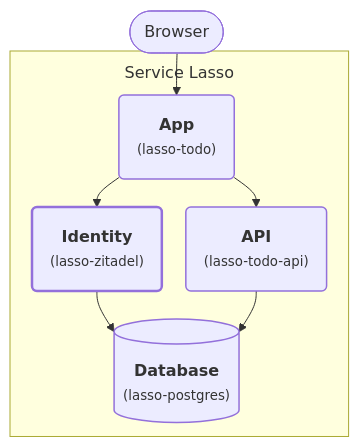
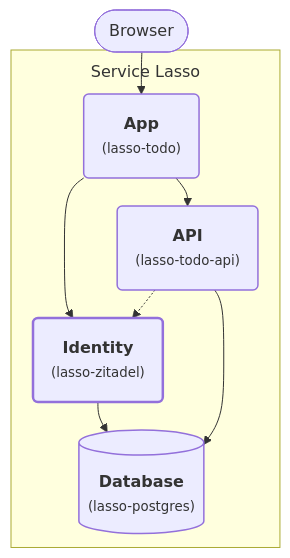
Before and after one commit to service-lasso/service-lasso: the diagram in docs/getting-started/zitadel-sso-hub.md, drawn with Mermaid. The commit also changed other lines of this file and 5 other files, not shown here.

Commit message:
docs: secure Todo App and API together in Zitadel tutorial

````diff
--- a/docs/getting-started/zitadel-sso-hub.md
+++ b/docs/getting-started/zitadel-sso-hub.md
@@ -20,22 +21,23 @@
 ```mermaid
 %%{init: {"flowchart": {"nodeSpacing": 24, "rankSpacing": 28, "padding": 18, "subGraphTitleMargin": {"top": 10, "bottom": 20}}, "themeVariables": {"fontFamily": "system-ui, sans-serif"}}}%%
 flowchart TB
   accTitle: Stage 4: Add identity to Todo
-  accDescr: Browser reaches the App. The App uses Identity for sign-in and the API for todos. Identity and API use separate databases within the same Database service. All four services are managed inside Service Lasso.
+  accDescr: Browser reaches the App. The App uses Identity for sign-in and sends the user's access token to the API. The API validates that token with Identity before reading or writing Database. All four services are managed inside Service Lasso.
   browser(["Browser"])
   subgraph lasso["Service Lasso"]
     todo("<b>App</b><br/><small>(lasso-todo)</small>")
     identity("<b>Identity</b><br/><small>(lasso-zitadel)</small>")
     api("<b>API</b><br/><small>(lasso-todo-api)</small>")
     db[("<b>Database</b><br/><small>(lasso-postgres)</small>")]
     todo --> identity
     todo --> api
+    api -.-> identity
     identity --> db
     api --> db
   end
   browser --> todo
   classDef service stroke-width:1.5px
   classDef added stroke-width:2.5px
   class todo,api,db,identity service
   class identity added
 ```
````
